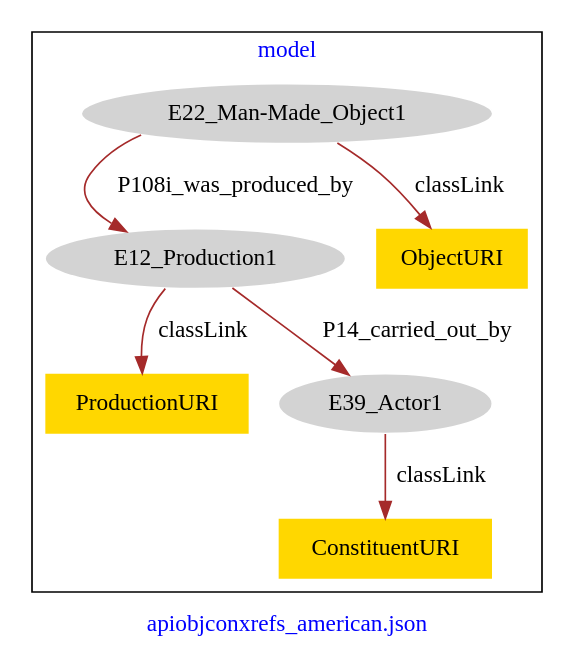
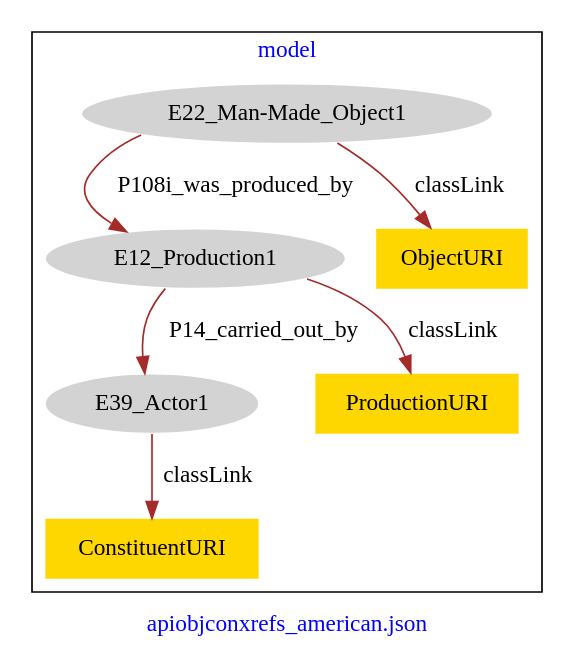
Before and after one commit to american-art/PUAM: the diagram in apiobjconxrefs_american/apiobjconxrefs_american-model.dot, drawn with Graphviz.

Commit message:
Update file apiobjconxrefs_american-model.dot

```diff
--- a/apiobjconxrefs_american/apiobjconxrefs_american-model.dot
+++ b/apiobjconxrefs_american/apiobjconxrefs_american-model.dot
@@ -1,19 +1,19 @@
 digraph n0 {
 fontcolor="blue"
 remincross="true"
 label="apiobjconxrefs_american.json"
 subgraph cluster {
 label="model"
 n2[style="filled",color="white",fillcolor="lightgray",label="E12_Production1"];
-n3[shape="plaintext",style="filled",fillcolor="gold",label="ProductionURI"];
-n4[style="filled",color="white",fillcolor="lightgray",label="E39_Actor1"];
-n5[style="filled",color="white",fillcolor="lightgray",label="E22_Man-Made_Object1"];
+n3[style="filled",color="white",fillcolor="lightgray",label="E39_Actor1"];
+n4[style="filled",color="white",fillcolor="lightgray",label="E22_Man-Made_Object1"];
+n5[shape="plaintext",style="filled",fillcolor="gold",label="ConstituentURI"];
 n6[shape="plaintext",style="filled",fillcolor="gold",label="ObjectURI"];
-n7[shape="plaintext",style="filled",fillcolor="gold",label="ConstituentURI"];
+n7[shape="plaintext",style="filled",fillcolor="gold",label="ProductionURI"];
 }
-n2 -> n3[color="brown",fontcolor="black",label="classLink"]
-n2 -> n4[color="brown",fontcolor="black",label="P14_carried_out_by"]
-n5 -> n6[color="brown",fontcolor="black",label="classLink"]
-n5 -> n2[color="brown",fontcolor="black",label="P108i_was_produced_by"]
-n4 -> n7[color="brown",fontcolor="black",label="classLink"]
+n2 -> n3[color="brown",fontcolor="black",label="P14_carried_out_by"]
+n4 -> n2[color="brown",fontcolor="black",label="P108i_was_produced_by"]
+n3 -> n5[color="brown",fontcolor="black",label="classLink"]
+n4 -> n6[color="brown",fontcolor="black",label="classLink"]
+n2 -> n7[color="brown",fontcolor="black",label="classLink"]
 }
```
